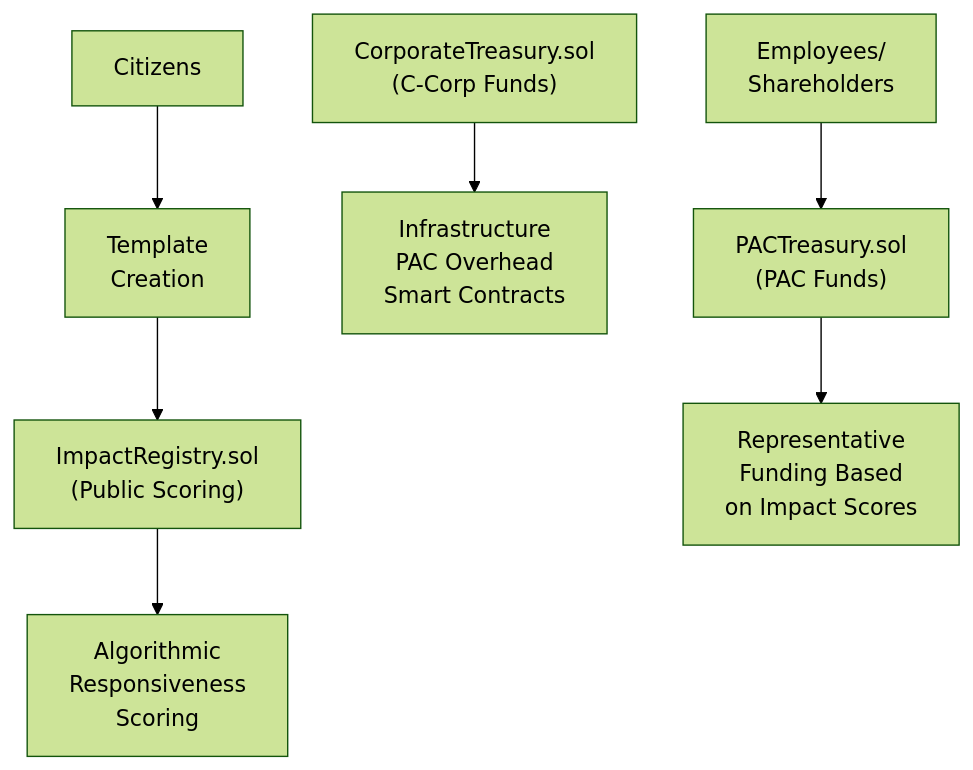
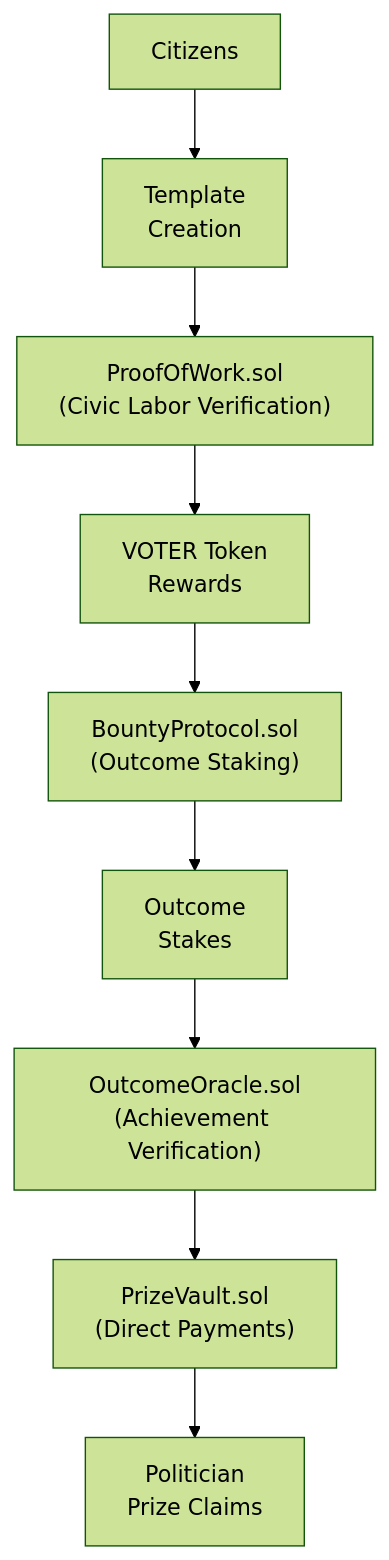
One commit to communisaas/voter-protocol changed the diagram in docs/SYSTEM_ARCHITECTURE.md. Above: the diagram before and after it, drawn with Mermaid (forest theme). The commit also changed other lines of this file and 5 other files, not shown here.

````diff
--- a/docs/SYSTEM_ARCHITECTURE.md
+++ b/docs/SYSTEM_ARCHITECTURE.md
@@ -25,14 +23,16 @@
 ```mermaid
 flowchart TB
-    CorporateTreasury["CorporateTreasury.sol<br/>(C-Corp Funds)"]
-    PACTreasury["PACTreasury.sol<br/>(PAC Funds)"]
-    ImpactRegistry["ImpactRegistry.sol<br/>(Public Scoring)"]
+    ProofOfWork["ProofOfWork.sol<br/>(Civic Labor Verification)"]
+    BountyProtocol["BountyProtocol.sol<br/>(Outcome Staking)"]
+    OutcomeOracle["OutcomeOracle.sol<br/>(Achievement Verification)"]
+    PrizeVault["PrizeVault.sol<br/>(Direct Payments)"]
     
-    CorporateTreasury --> Infrastructure["Infrastructure<br/>PAC Overhead<br/>Smart Contracts"]
-    PACTreasury --> Politicians["Representative<br/>Funding Based<br/>on Impact Scores"]
-    ImpactRegistry --> Scores["Algorithmic<br/>Responsiveness<br/>Scoring"]
-    
-    Employees["Employees/<br/>Shareholders"] --> PACTreasury
     Citizens["Citizens"] --> Templates["Template<br/>Creation"]
-    Templates --> ImpactRegistry
+    Templates --> ProofOfWork
+    ProofOfWork --> VOTERTokens["VOTER Token<br/>Rewards"]
+    VOTERTokens --> BountyProtocol
+    BountyProtocol --> Stakes["Outcome<br/>Stakes"]
+    Stakes --> OutcomeOracle
+    OutcomeOracle --> PrizeVault
+    PrizeVault --> Politicians["Politician<br/>Prize Claims"]
 ```
````
